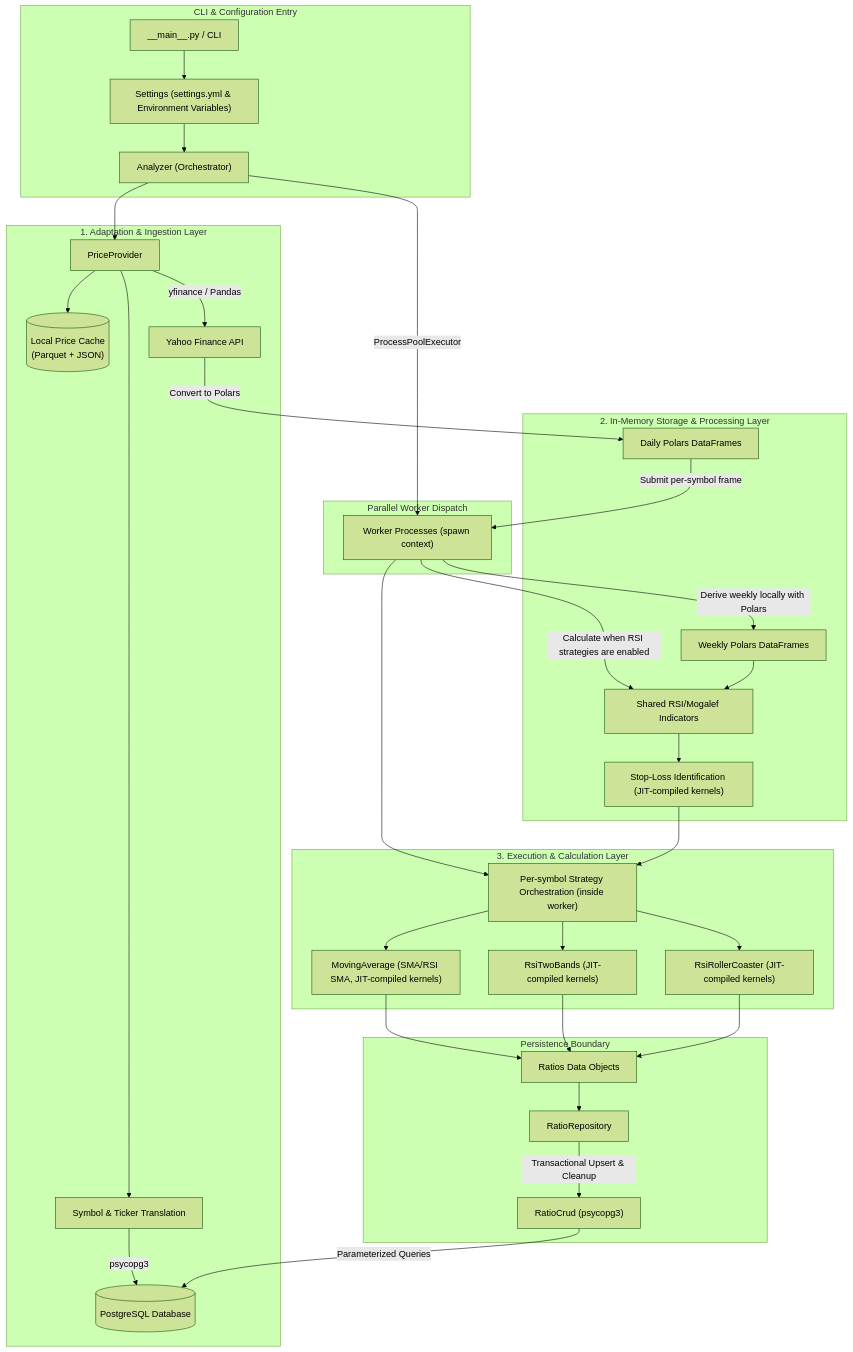
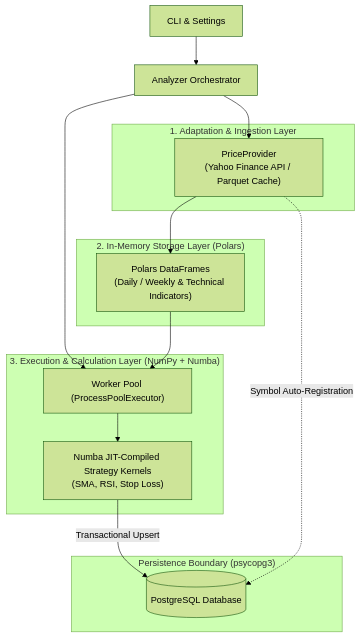
One commit to NestorDR/radar-core changed the diagram in README.md. Above: the diagram before and after it, drawn with Mermaid (forest theme).

Commit message:
Revise README: simplify mermaid diagram, consolidate layer descriptions, align terms with refactored code structure.

````diff
--- a/README.md
+++ b/README.md
@@ -78,45 +78,27 @@
 ```mermaid
 flowchart TD
-    subgraph CLI ["CLI & Configuration Entry"]
-        Main["__main__.py / CLI"] --> Settings["Settings (settings.yml & Environment Variables)"]
-        Settings --> Analyzer["Analyzer (Orchestrator)"]
+    CLI["CLI & Settings"] --> Analyzer["Analyzer Orchestrator"]
+
+    subgraph Tier1 ["1. Adaptation & Ingestion Layer"]
+        PriceProvider["PriceProvider<br>(Yahoo Finance API / Parquet Cache)"]
     end
 
-    subgraph DataIngestion ["1. Adaptation & Ingestion Layer"]
-        Analyzer --> PriceProvider["PriceProvider"]
-        PriceProvider --> SymbolMapping["Symbol & Ticker Translation"]
-        SymbolMapping -->|psycopg3| DB[("PostgreSQL Database")]
-        PriceProvider --> PriceCache[("Local Price Cache<br>(Parquet + JSON)")]
-        PriceProvider -->|yfinance / Pandas| YFinance["Yahoo Finance API"]
+    subgraph Tier2 ["2. In-Memory Storage Layer (Polars)"]
+        PolarsData["Polars DataFrames<br>(Daily / Weekly & Technical Indicators)"]
     end
 
-    subgraph Concurrency ["Parallel Worker Dispatch"]
-        Analyzer -->|ProcessPoolExecutor| ParallelWorkers["Worker Processes (spawn context)"]
+    subgraph Tier3 ["3. Execution & Calculation Layer (NumPy + Numba)"]
+        Workers["Worker Pool (ProcessPoolExecutor)"] --> JITKernels["Numba JIT-Compiled Strategy Kernels<br>(SMA, RSI, Stop Loss)"]
     end
 
-    subgraph Storage ["2. In-Memory Storage & Processing Layer"]
-        YFinance -->|Convert to Polars| DailyPolarsData["Daily Polars DataFrames"]
-        DailyPolarsData -->|Submit per-symbol frame| ParallelWorkers
-        ParallelWorkers -->|Derive weekly locally with Polars| PolarsWeeklyData["Weekly Polars DataFrames"]
-        ParallelWorkers -->|Calculate when RSI strategies are enabled| TechnicalIndicators["Shared RSI/Mogalef Indicators"]
-        PolarsWeeklyData --> TechnicalIndicators
-        TechnicalIndicators --> StopLoss["Stop-Loss Identification (JIT-compiled kernels)"]
+    subgraph DBBoundary ["Persistence Boundary (psycopg3)"]
+        DB[("PostgreSQL Database")]
     end
 
-    subgraph Execution ["3. Execution & Calculation Layer"]
-        ParallelWorkers --> StrategyOrch["Per-symbol Strategy Orchestration (inside worker)"]
-        StopLoss --> StrategyOrch
-        StrategyOrch --> MA["MovingAverage (SMA/RSI SMA, JIT-compiled kernels)"]
-        StrategyOrch --> RSI2B["RsiTwoBands (JIT-compiled kernels)"]
-        StrategyOrch --> RSIRC["RsiRollerCoaster (JIT-compiled kernels)"]
-    end
-
-    subgraph Persistence ["Persistence Boundary"]
-        MA --> RatiosOutput["Ratios Data Objects"]
-        RSI2B --> RatiosOutput
-        RSIRC --> RatiosOutput
-        RatiosOutput --> RatioRepo["RatioRepository"]
-        RatioRepo -->|Transactional Upsert & Cleanup| RatioCrud["RatioCrud (psycopg3)"]
-        RatioCrud -->|Parameterized Queries| DB
-    end
+    Analyzer --> PriceProvider
+    PriceProvider --> PolarsData
+    Analyzer --> Workers
+    PolarsData --> Workers
+    JITKernels -->|Transactional Upsert| DB
+    PriceProvider -.->|Symbol Auto-Registration| DB
 ```
````
